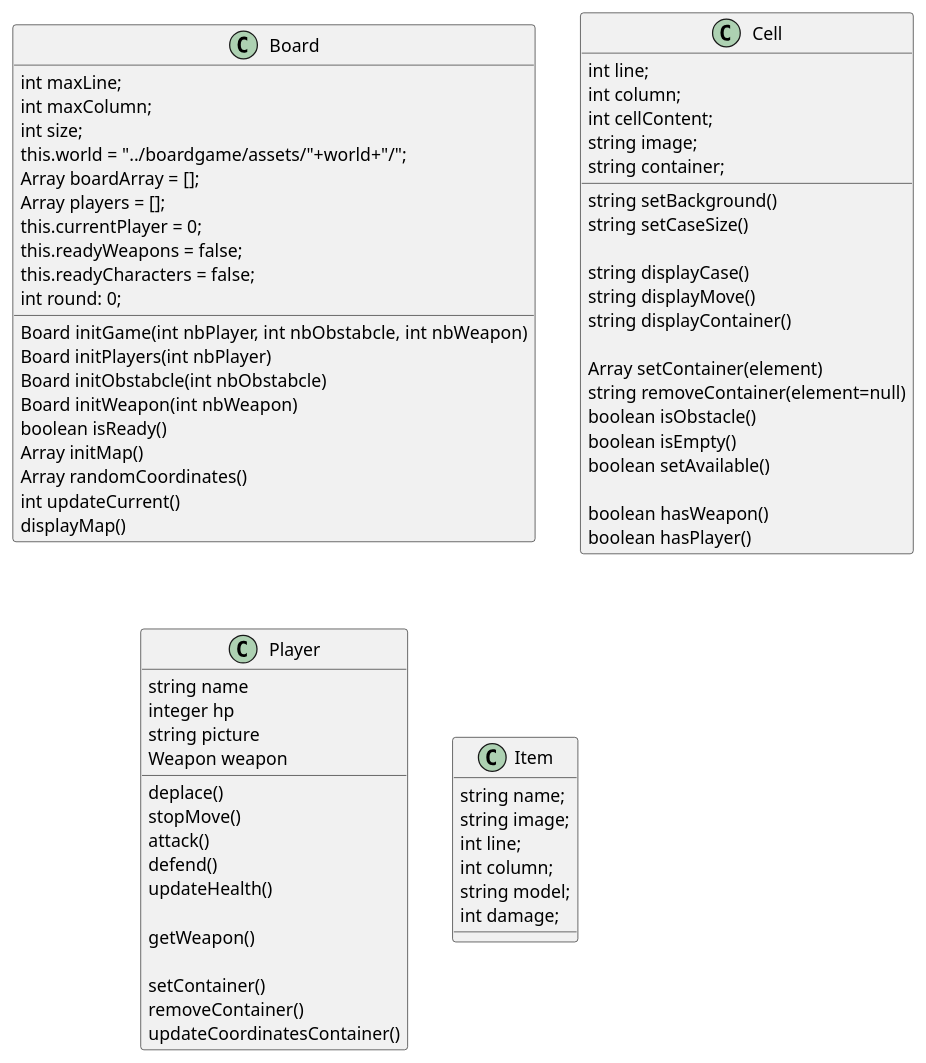
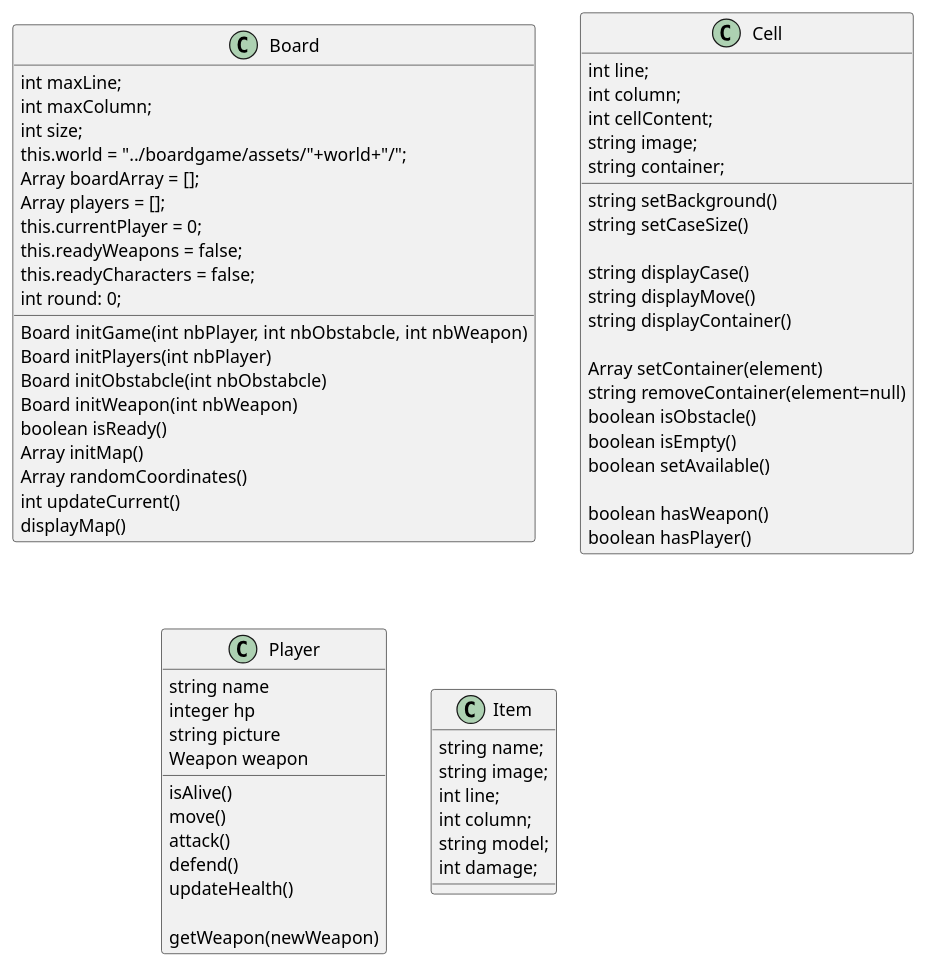
One commit to Jduquenne/BoardGame changed the diagram in brain.puml. Above: the diagram before and after it, drawn with PlantUML. The commit also changed 7 other files, not shown here.

```diff
--- a/brain.puml
+++ b/brain.puml
@@ -1,82 +1,78 @@
 @startuml
 class Board {
     int maxLine;
     int maxColumn;
     int size;
     this.world = "../boardgame/assets/"+world+"/";
     Array boardArray = [];
     '    [{x: 0,y: 0, player: Player, isCurrent: true},{index: 235,player: Player, isCurrent: false}]
     Array players = [];
     this.currentPlayer = 0;
     this.readyWeapons = false;
     this.readyCharacters = false;
     int round: 0;
 
     Board initGame(int nbPlayer, int nbObstabcle, int nbWeapon)
     Board initPlayers(int nbPlayer)
     Board initObstabcle(int nbObstabcle)
     Board initWeapon(int nbWeapon)
     boolean isReady()
     Array initMap()
     Array randomCoordinates()
     int updateCurrent()
     displayMap()
 
 
 }
 
 class Cell {
     int line;
     int column;
     int cellContent;
     string image;
     string container;
 
 
     string setBackground()
     string setCaseSize()
 
     string displayCase()
     string displayMove()
     string displayContainer()
 
     Array setContainer(element)
     string removeContainer(element=null)
     boolean isObstacle()
     boolean isEmpty()
     boolean setAvailable()
 
     boolean hasWeapon()
     boolean hasPlayer()
 
 }
 
 class Player {
    string name
    integer hp
    string picture
    Weapon weapon
 
-   deplace()
-   stopMove()
+   isAlive()
+   move()
    attack()
    defend()
    updateHealth()
 
-   getWeapon()
-
-   setContainer()
-   removeContainer()
-   updateCoordinatesContainer()
+   getWeapon(newWeapon)
 }
 
 class Item {
     string name;
     string image;
     int line;
     int column;
     string model;
     int damage;
 }
 
 @enduml
```
